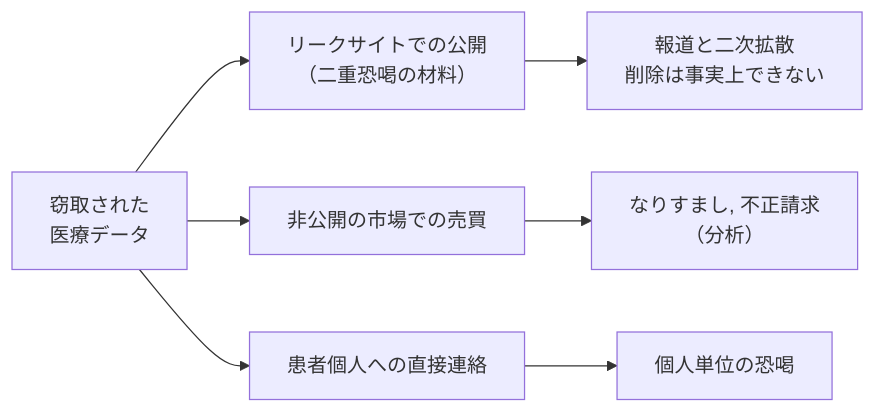
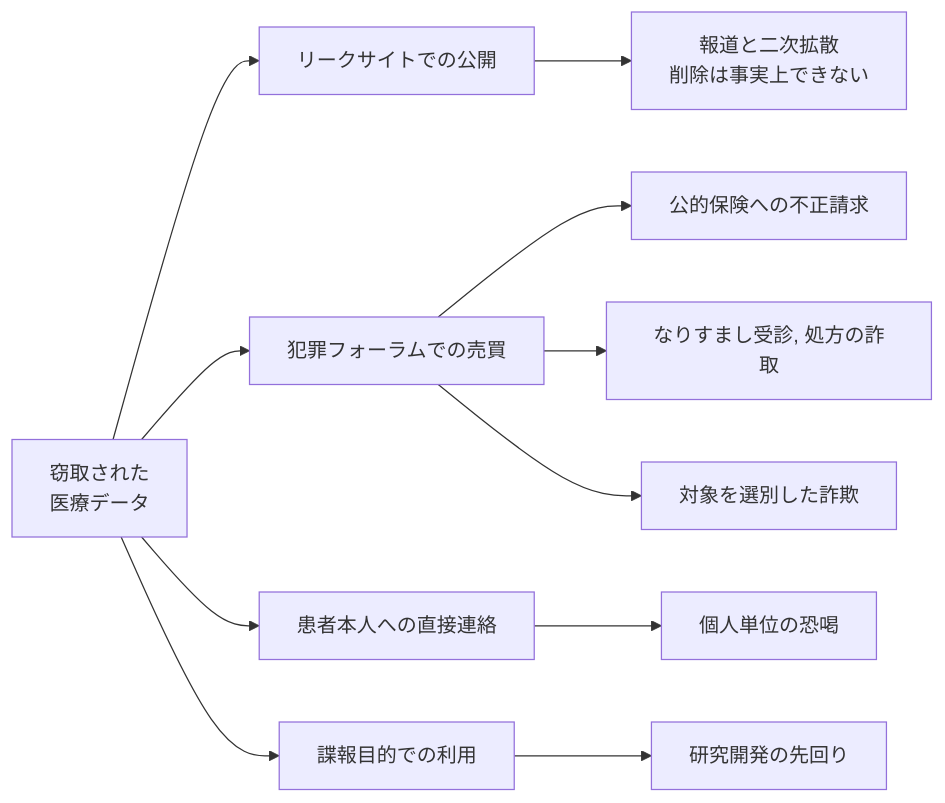
One commit to scgajge12/awesome-healthcare-security changed the second of 2 diagrams in docs/threat-actors/actors-and-risks.md. Above: the diagram before and after it, drawn with Mermaid. The commit also changed other lines of this file, not shown here.

````diff
--- a/docs/threat-actors/actors-and-risks.md
+++ b/docs/threat-actors/actors-and-risks.md
@@ -144,9 +145,13 @@
 ```mermaid
 flowchart LR
-    S["窃取された<br>医療データ"] --> L["リークサイトでの公開<br>（二重恐喝の材料）"]
-    S --> M["非公開の市場での売買"]
-    S --> P["患者個人への直接連絡"]
+    S["窃取された<br>医療データ"] --> L["リークサイトでの公開"]
+    S --> M["犯罪フォーラムでの売買"]
+    S --> P["患者本人への直接連絡"]
+    S --> N["諜報目的での利用"]
     L --> R1["報道と二次拡散<br>削除は事実上できない"]
-    M --> R2["なりすまし, 不正請求<br>（分析）"]
-    P --> R3["個人単位の恐喝"]
+    M --> R2["公的保険への不正請求"]
+    M --> R3["なりすまし受診, 処方の詐取"]
+    M --> R4["対象を選別した詐欺"]
+    P --> R5["個人単位の恐喝"]
+    N --> R6["研究開発の先回り"]
 ```
````
